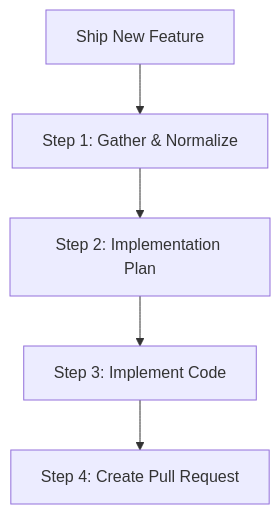
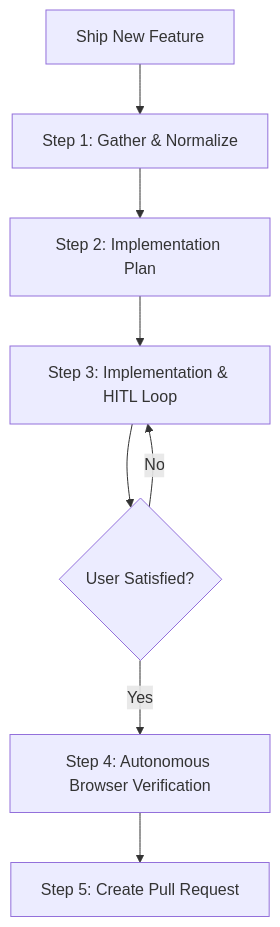
Before and after one commit to ZzZueszZ/Cline_bot: the diagram in .clinerules/workflows/ship-new-feature.md, drawn with Mermaid. The commit also changed other lines of this file and 24 other files, not shown here.

````diff
--- a/.clinerules/workflows/ship-new-feature.md
+++ b/.clinerules/workflows/ship-new-feature.md
@@ -28,7 +28,10 @@
    ```mermaid
    graph TD
        A[Ship New Feature] --> B[Step 1: Gather & Normalize]
        B --> C[Step 2: Implementation Plan]
-       C --> D[Step 3: Implement Code]
-       D --> E[Step 4: Create Pull Request]
+       C --> D[Step 3: Implementation & HITL Loop]
+       D --> E{User Satisfied?}
+       E -->|No| D
+       E -->|Yes| F[Step 4: Autonomous Browser Verification]
+       F --> G[Step 5: Create Pull Request]
    ```
````
